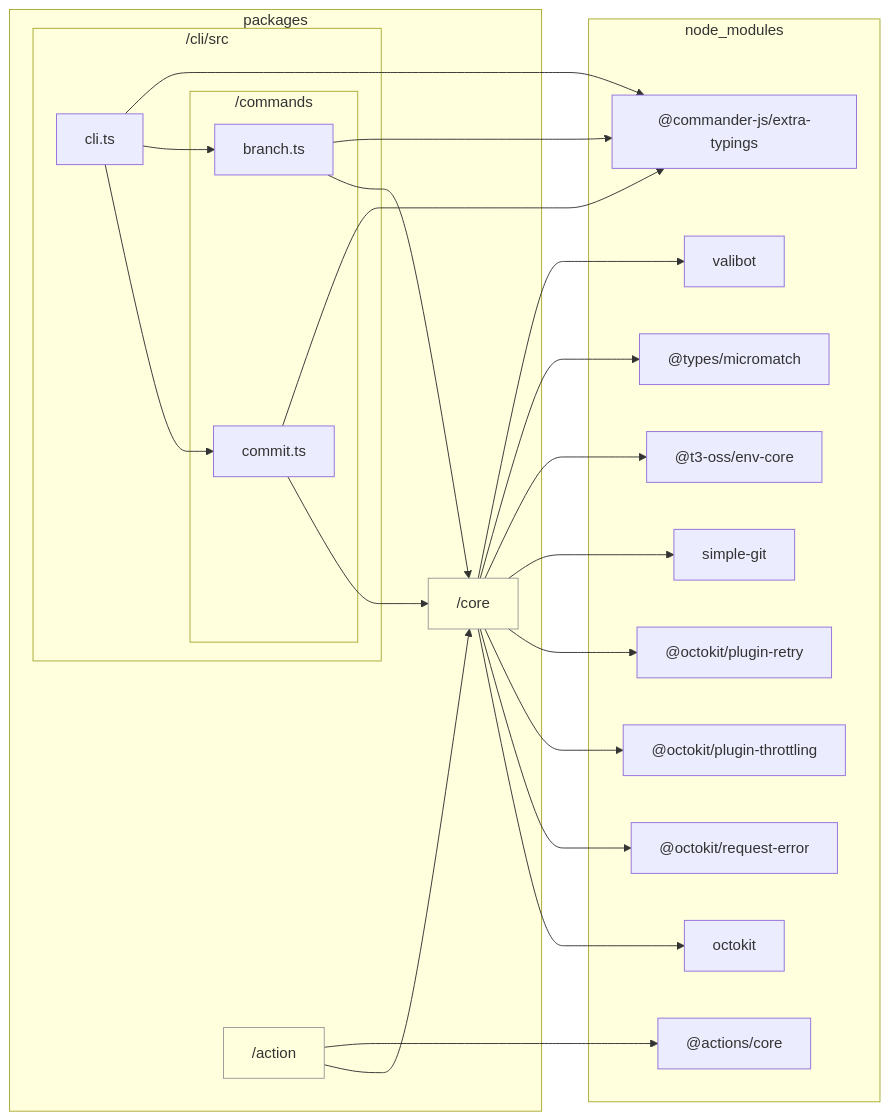
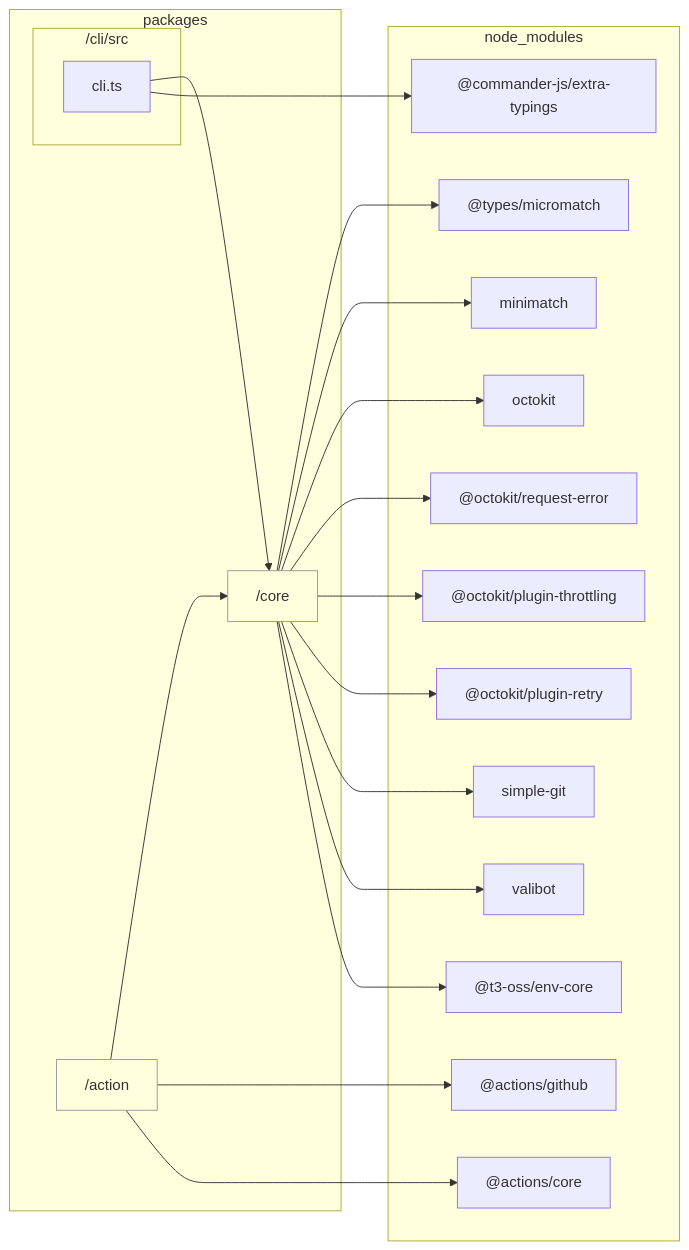
Before and after one commit to sugurutakahashi-1234/issue-linker: the diagram in docs/reports/dependencies/cli.md, drawn with Mermaid. The commit also changed 27 other files, not shown here.

First line of the commit message:
refactor: remove commit and branch checking commands [deps-change]

````diff
--- a/docs/reports/dependencies/cli.md
+++ b/docs/reports/dependencies/cli.md
@@ -7,44 +7,39 @@
 ```mermaid
 flowchart LR
     classDef dir fill:#0000,stroke:#999
     subgraph packages["packages"]
         packages/core["/core"]:::dir
         packages/action["/action"]:::dir
         subgraph packages/cli/src["/cli/src"]
             packages/cli/src/cli.ts["cli.ts"]
-            subgraph packages/cli/src/commands["/commands"]
-                packages/cli/src/commands/branch.ts["branch.ts"]
-                packages/cli/src/commands/commit.ts["commit.ts"]
-            end
         end
     end
     subgraph node//modules["node_modules"]
         node//modules///actions/core/lib/core.d.ts["@actions/core"]
+        node//modules///actions/github/lib/github.d.ts["@actions/github"]
         node//modules///commander//js/extra//typings/index.d.ts["@commander-js/extra-typings"]
+        node//modules///t3//oss/env//core/dist/index.d.ts["@t3-oss/env-core"]
         node//modules/valibot/dist/index.d.cts["valibot"]
-        node//modules///types/micromatch/index.d.ts["@types/micromatch"]
-        node//modules///t3//oss/env//core/dist/index.d.ts["@t3-oss/env-core"]
         node//modules/simple//git/dist/typings/index.d.ts["simple-git"]
         node//modules///octokit/plugin//retry/dist//types/index.d.ts["@octokit/plugin-retry"]
         node//modules///octokit/plugin//throttling/dist//types/index.d.ts["@octokit/plugin-throttling"]
         node//modules///octokit/request//error/dist//types/index.d.ts["@octokit/request-error"]
         node//modules/octokit/dist//types/index.d.ts["octokit"]
+        node//modules/minimatch/dist/commonjs/index.d.ts["minimatch"]
+        node//modules///types/micromatch/index.d.ts["@types/micromatch"]
     end
     packages/action-->node//modules///actions/core/lib/core.d.ts
+    packages/action-->node//modules///actions/github/lib/github.d.ts
     packages/action-->packages/core
-    packages/cli/src/commands/branch.ts-->node//modules///commander//js/extra//typings/index.d.ts
-    packages/cli/src/commands/branch.ts-->packages/core
-    packages/cli/src/commands/commit.ts-->node//modules///commander//js/extra//typings/index.d.ts
-    packages/cli/src/commands/commit.ts-->packages/core
     packages/cli/src/cli.ts-->node//modules///commander//js/extra//typings/index.d.ts
-    packages/cli/src/cli.ts-->packages/cli/src/commands/branch.ts
-    packages/cli/src/cli.ts-->packages/cli/src/commands/commit.ts
+    packages/cli/src/cli.ts-->packages/core
+    packages/core-->node//modules///t3//oss/env//core/dist/index.d.ts
     packages/core-->node//modules/valibot/dist/index.d.cts
-    packages/core-->node//modules///types/micromatch/index.d.ts
-    packages/core-->node//modules///t3//oss/env//core/dist/index.d.ts
     packages/core-->node//modules/simple//git/dist/typings/index.d.ts
     packages/core-->node//modules///octokit/plugin//retry/dist//types/index.d.ts
     packages/core-->node//modules///octokit/plugin//throttling/dist//types/index.d.ts
     packages/core-->node//modules///octokit/request//error/dist//types/index.d.ts
     packages/core-->node//modules/octokit/dist//types/index.d.ts
+    packages/core-->node//modules/minimatch/dist/commonjs/index.d.ts
+    packages/core-->node//modules///types/micromatch/index.d.ts
 ```
````
